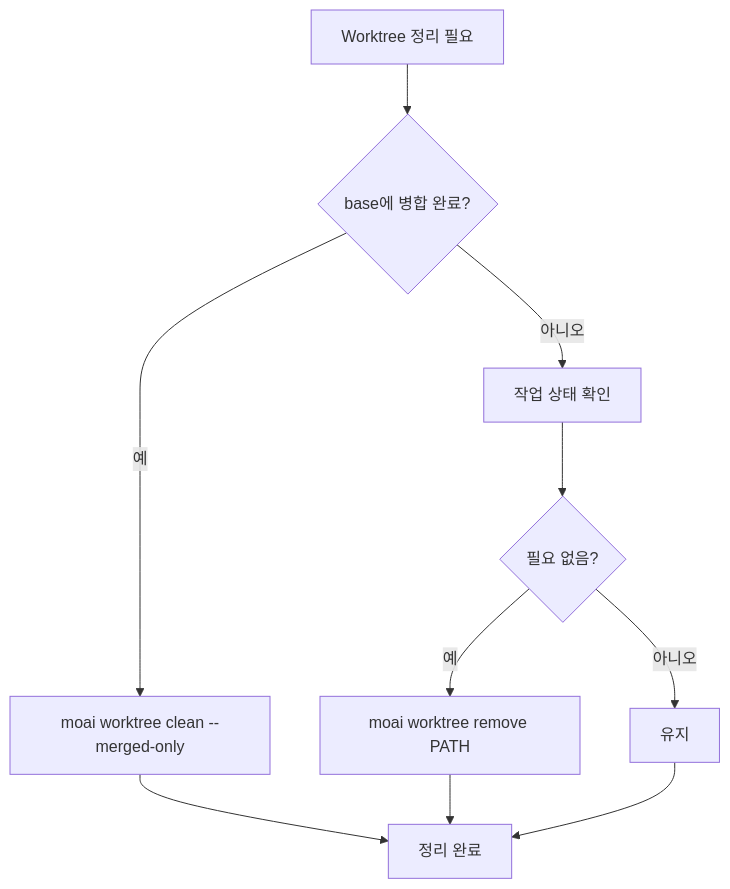
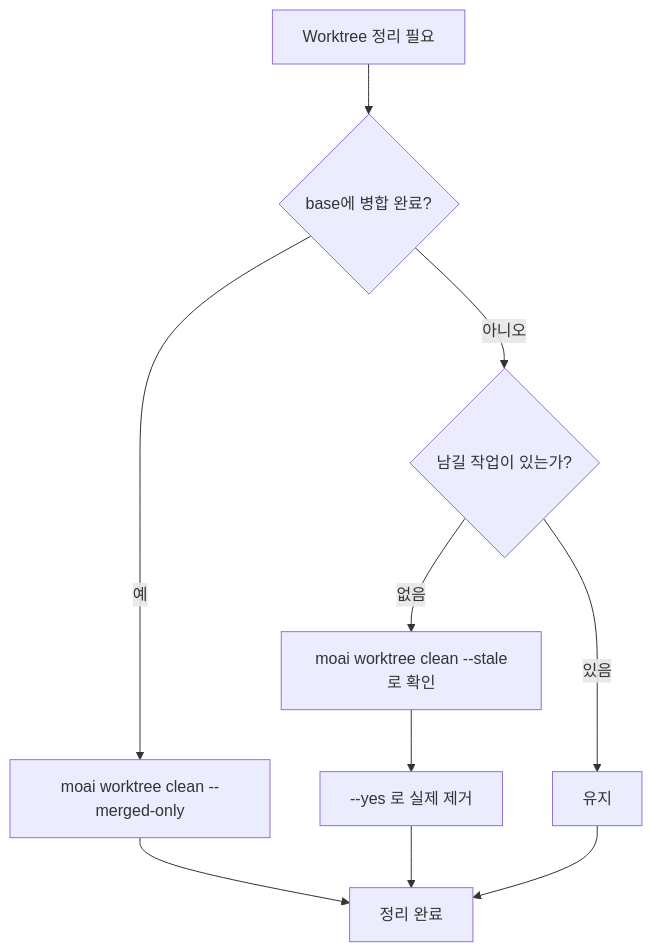
Before and after one commit to modu-ai/moai-adk: the seventh of 9 diagrams in docs-site/content/ko/worktree/faq.md, drawn with Mermaid. The commit also changed other lines of this file and 35 other files, not shown here.

````diff
--- a/docs-site/content/ko/worktree/faq.md
+++ b/docs-site/content/ko/worktree/faq.md
@@ -337,12 +406,12 @@
 ```mermaid
 graph TD
     A[Worktree 정리 필요] --> B{base에 병합 완료?}
     B -->|예| C[moai worktree clean --merged-only]
-    B -->|아니오| D[작업 상태 확인]
-    D --> E{필요 없음?}
-    E -->|예| F[moai worktree remove PATH]
-    E -->|아니오| G[유지]
+    B -->|아니오| D{남길 작업이 있는가?}
+    D -->|없음| E[moai worktree clean --stale로 확인]
+    E --> F[--yes 로 실제 제거]
+    D -->|있음| G[유지]
     C --> H[정리 완료]
     F --> H
     G --> H
 ```
````
